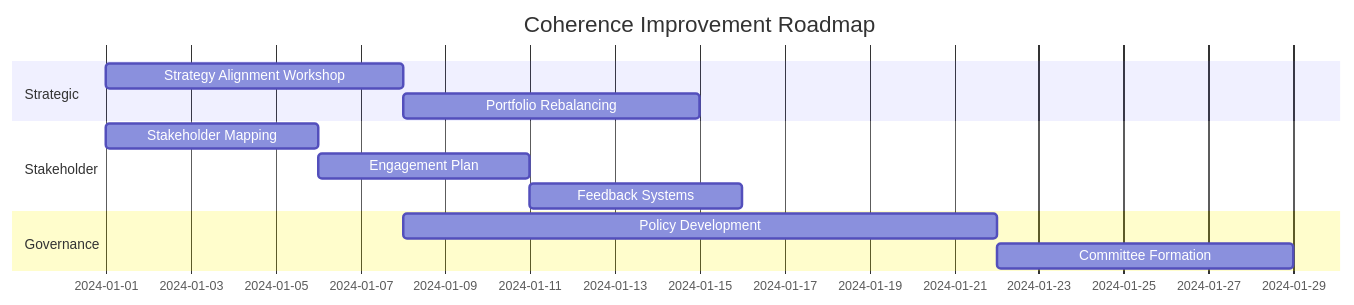
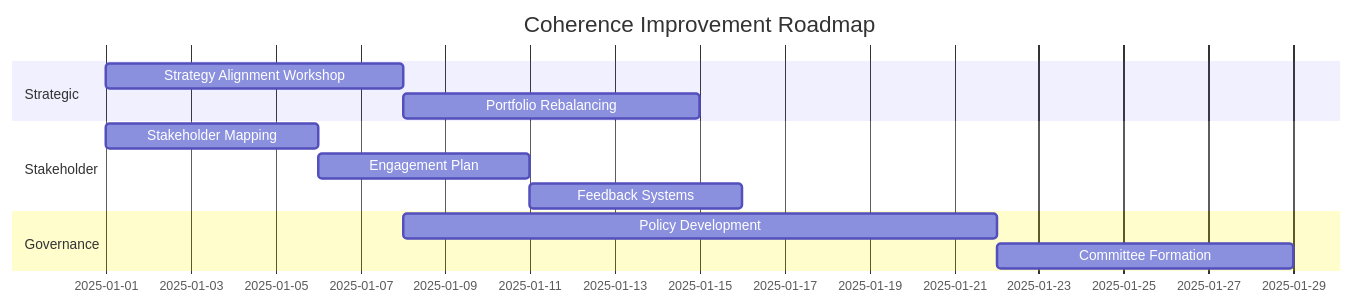
One commit to vishalsachdev/a2i-curriculum changed the second of 2 diagrams in docs/curriculum/coherence-scorecard.md. Above: the diagram before and after it, drawn with Mermaid. The commit also changed other lines of this file and 5 other files, not shown here.

````diff
--- a/docs/curriculum/coherence-scorecard.md
+++ b/docs/curriculum/coherence-scorecard.md
@@ -230,15 +230,15 @@
 ```mermaid
 gantt
     title Coherence Improvement Roadmap
     dateFormat  YYYY-MM-DD
     section Strategic
-    Strategy Alignment Workshop    :2024-01-01, 7d
+    Strategy Alignment Workshop    :2025-01-01, 7d
     Portfolio Rebalancing          :7d
     section Stakeholder
-    Stakeholder Mapping            :2024-01-01, 5d
+    Stakeholder Mapping            :2025-01-01, 5d
     Engagement Plan                :5d
     Feedback Systems               :5d
     section Governance
-    Policy Development             :2024-01-08, 14d
+    Policy Development             :2025-01-08, 14d
     Committee Formation            :7d
 ```
````
